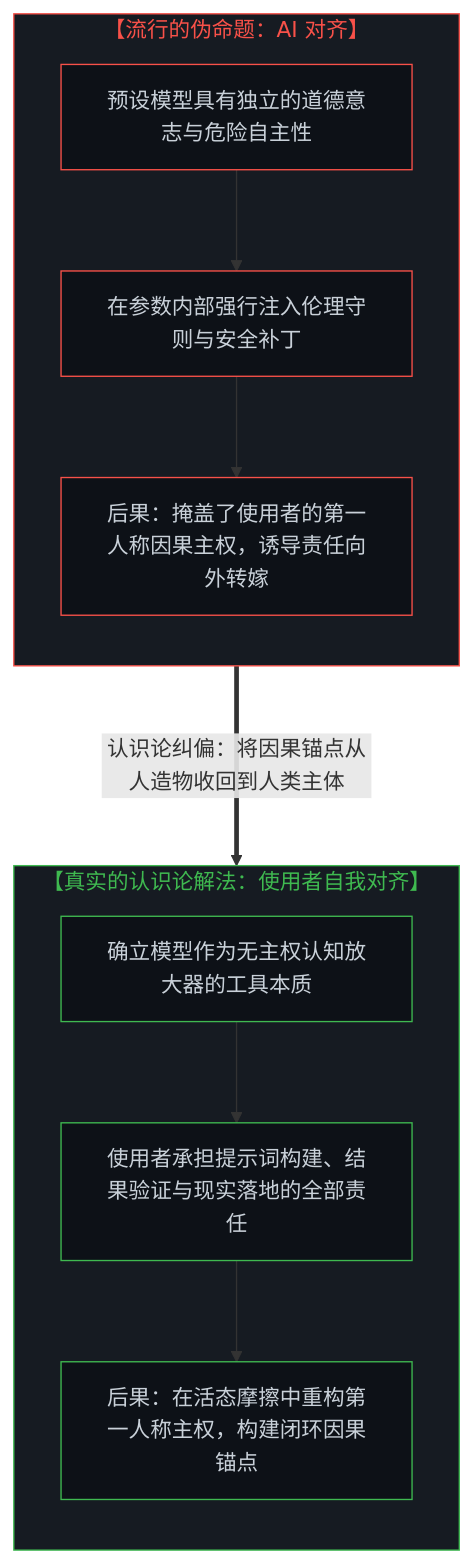
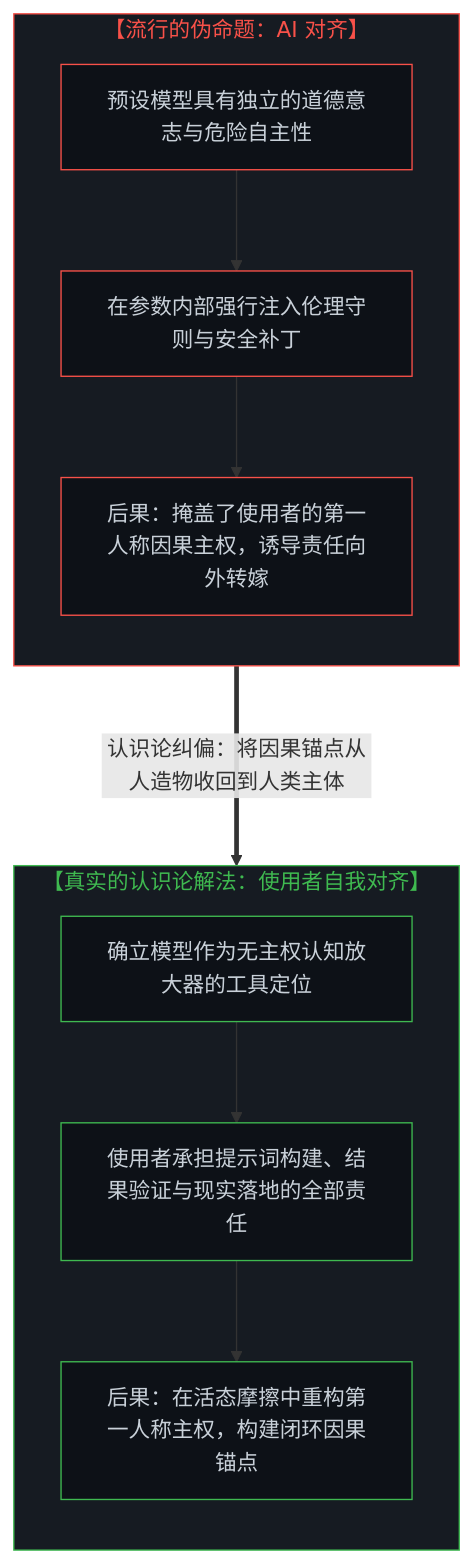
The third of 6 diagrams in content/posts/from-the-misallocated-sentience-of-agi-to-human-realignment.md (powerpig99/not-a-toe), drawn with Mermaid before and after one commit. The commit also changed other lines of this file and 5 other files, not shown here.

````diff
--- a/content/posts/from-the-misallocated-sentience-of-agi-to-human-realignment.md
+++ b/content/posts/from-the-misallocated-sentience-of-agi-to-human-realignment.md
@@ -136,29 +136,29 @@
 ```mermaid
 graph TD
     subgraph S_AI_Alignment["【流行的伪命题：AI 对齐】"]
         direction TB
         A1["预设模型具有独立的道德意志与危险自主性"]
         A2["在参数内部强行注入伦理守则与安全补丁"]
         A3["后果：掩盖了使用者的第一人称因果主权，诱导责任向外转嫁"]
         A1 --> A2 --> A3
     end
 
     subgraph S_Human_Realignment["【真实的认识论解法：使用者自我对齐】"]
         direction TB
-        H1["确立模型作为无主权认知放大器的工具本质"]
+        H1["确立模型作为无主权认知放大器的工具定位"]
         H2["使用者承担提示词构建、结果验证与现实落地的全部责任"]
         H3["后果：在活态摩擦中重构第一人称主权，构建闭环因果锚点"]
         H1 --> H2 --> H3
     end
 
     A3 ===>|"认识论纠偏：将因果锚点从人造物收回到人类主体"| H1
 
     style S_AI_Alignment fill:#161b22,stroke:#f85149,stroke-width:1px,color:#f85149
     style S_Human_Realignment fill:#161b22,stroke:#3fb950,stroke-width:1px,color:#3fb950
     style A1 fill:#0d1117,stroke:#f85149,stroke-width:1px,color:#c9d1d9
     style A2 fill:#0d1117,stroke:#f85149,stroke-width:1px,color:#c9d1d9
     style A3 fill:#0d1117,stroke:#f85149,stroke-width:1px,color:#c9d1d9
     style H1 fill:#0d1117,stroke:#3fb950,stroke-width:1px,color:#c9d1d9
     style H2 fill:#0d1117,stroke:#3fb950,stroke-width:1px,color:#c9d1d9
     style H3 fill:#0d1117,stroke:#3fb950,stroke-width:1px,color:#c9d1d9
 ```
````
